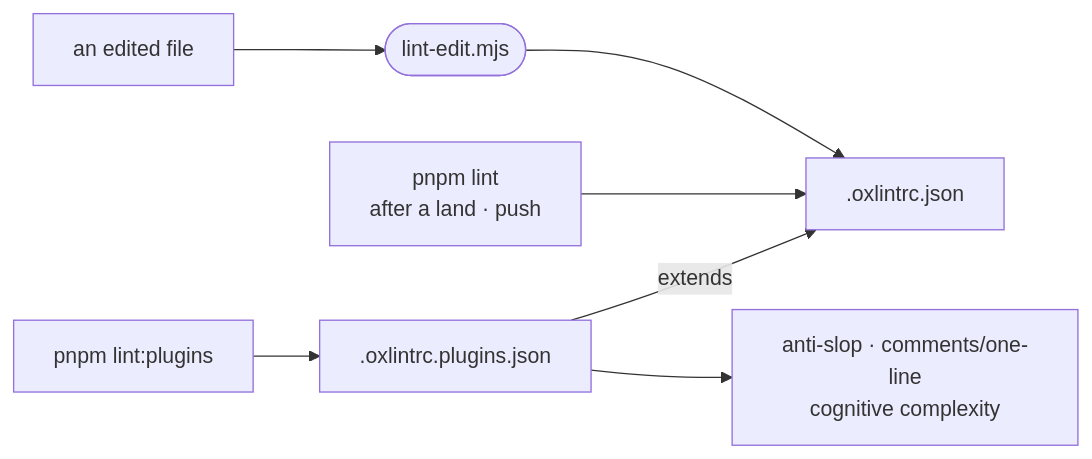
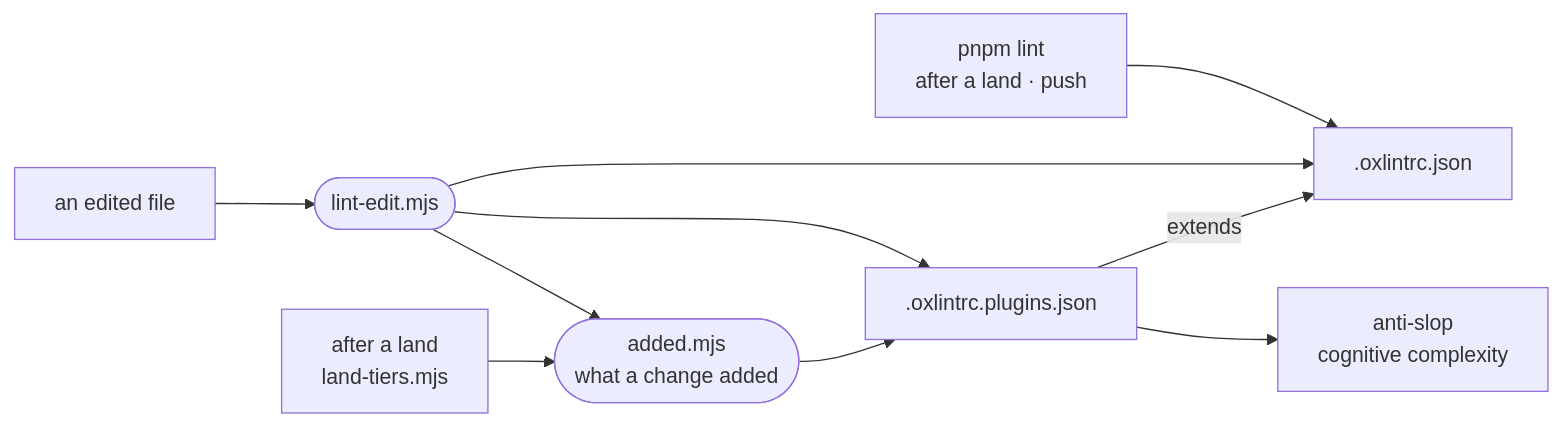
Before and after one commit to intentic/intentic: the diagram in _tools/oxlint/README.md, drawn with Mermaid. The commit also changed other lines of this file and 147 other files, not shown here.

````diff
--- a/_tools/oxlint/README.md
+++ b/_tools/oxlint/README.md
@@ -5,9 +5,12 @@
 ```mermaid
 flowchart LR
     edit["an edited file"] --> hook(["lint-edit.mjs"])
     hook --> root[".oxlintrc.json"]
     lint["pnpm lint<br/>after a land · push"] --> root
-    plugins["pnpm lint:plugins"] --> extra[".oxlintrc.plugins.json"]
+    hook --> extra[".oxlintrc.plugins.json"]
+    land["after a land<br/>land-tiers.mjs"] --> added(["added.mjs<br/>what a change added"])
+    hook --> added
+    added --> extra
     extra -->|"extends"| root
-    extra --> rules["anti-slop · comments/one-line<br/>cognitive complexity"]
+    extra --> rules["anti-slop<br/>cognitive complexity"]
 ```
````
